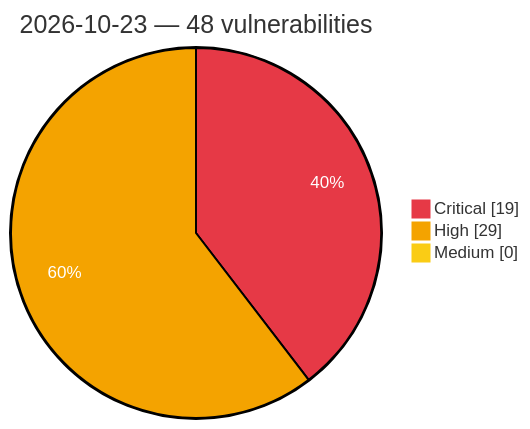
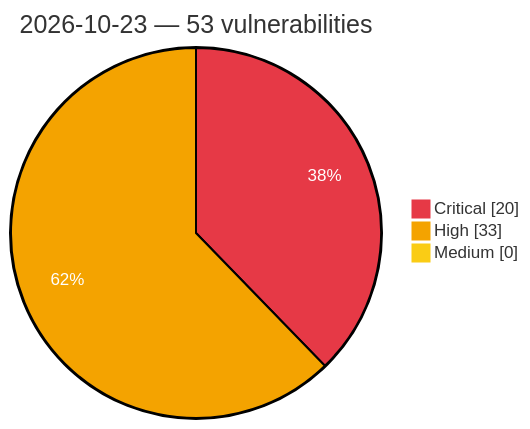
Before and after one commit to GhostX0X/vuln-tracker: the diagram in vulnerabilities/2026/October/2026-10-23.md, drawn with Mermaid. The commit also changed other lines of this file and 5 other files, not shown here.

Commit message:
Auto update: critical/high vulns (2026-10-23 19:33 UTC)

````diff
--- a/vulnerabilities/2026/October/2026-10-23.md
+++ b/vulnerabilities/2026/October/2026-10-23.md
@@ -3,8 +3,8 @@
 ```mermaid
 %%{init: {'theme':'base', 'themeVariables': {'pie1':'#e63946', 'pie2':'#f4a300', 'pie3':'#facc15', 'pieOpacity':'1', 'pieOuterStrokeWidth':'2px', 'pieSectionTextColor':'#ffffff'}}}%%
 pie showData
-    title 2026-10-23 — 48 vulnerabilities
-    "Critical" : 19
-    "High" : 29
+    title 2026-10-23 — 53 vulnerabilities
+    "Critical" : 20
+    "High" : 33
     "Medium" : 0
 ```
````
